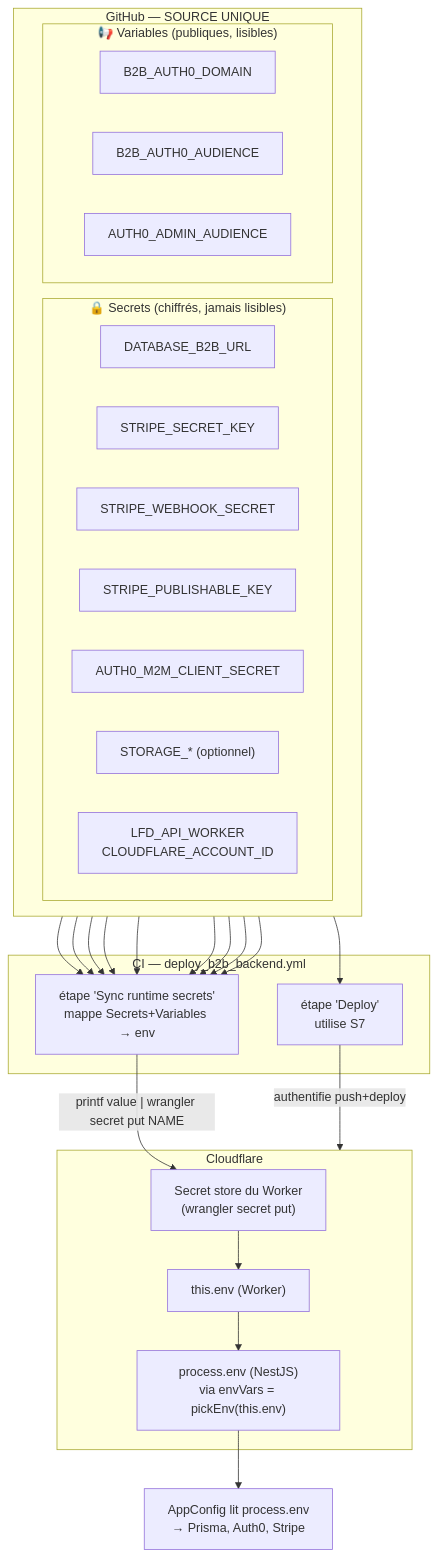
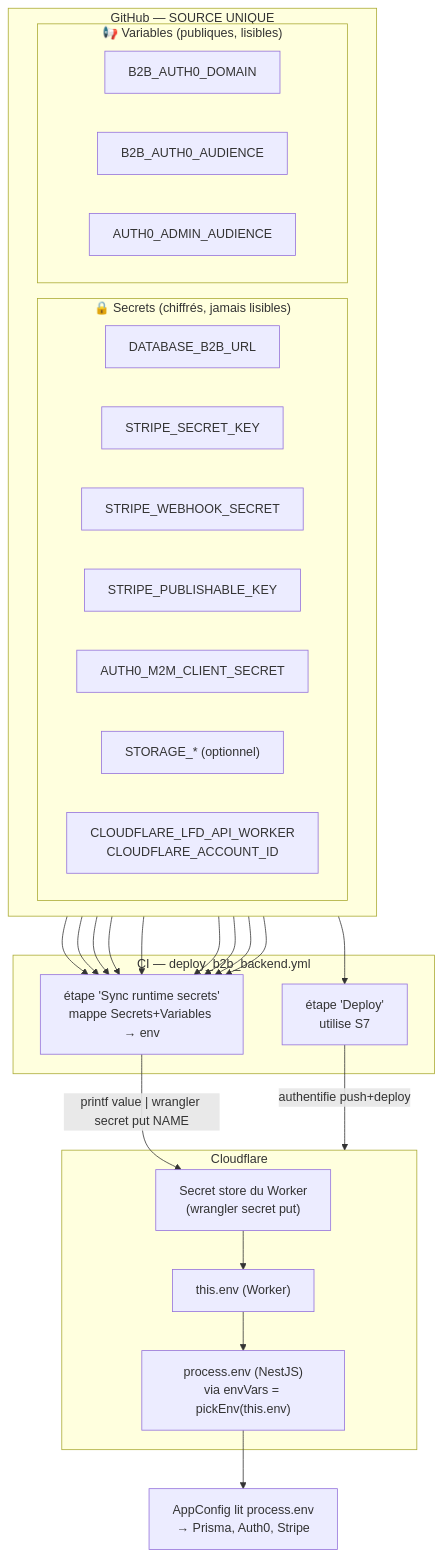
Before and after one commit to hugoheynard/lfd: the third of 6 diagrams in documentation/b2b/b2b_backend_deploy.md, drawn with Mermaid. The commit also changed other lines of this file and 5 other files, not shown here.

````diff
--- a/documentation/b2b/b2b_backend_deploy.md
+++ b/documentation/b2b/b2b_backend_deploy.md
@@ -109,48 +109,48 @@
 ```mermaid
 flowchart TB
     subgraph gh["GitHub — SOURCE UNIQUE"]
         direction LR
         subgraph ghs["🔒 Secrets (chiffrés, jamais lisibles)"]
             S1["DATABASE_B2B_URL"]
             S2["STRIPE_SECRET_KEY"]
             S3["STRIPE_WEBHOOK_SECRET"]
             S4["STRIPE_PUBLISHABLE_KEY"]
             S5["AUTH0_M2M_CLIENT_SECRET"]
             S6["STORAGE_* (optionnel)"]
-            S7["LFD_API_WORKER<br/>CLOUDFLARE_ACCOUNT_ID"]
+            S7["CLOUDFLARE_LFD_API_WORKER<br/>CLOUDFLARE_ACCOUNT_ID"]
         end
         subgraph ghv["📢 Variables (publiques, lisibles)"]
             V1["B2B_AUTH0_DOMAIN"]
             V2["B2B_AUTH0_AUDIENCE"]
             V3["AUTH0_ADMIN_AUDIENCE"]
         end
     end
 
     subgraph ci["CI — deploy_b2b_backend.yml"]
         DEP["étape 'Deploy'<br/>utilise S7"]
         SYNC["étape 'Sync runtime secrets'<br/>mappe Secrets+Variables → env"]
     end
 
     subgraph cf["Cloudflare"]
         WSEC["Secret store du Worker<br/>(wrangler secret put)"]
         ENV["this.env (Worker)"]
         PROC["process.env (NestJS)<br/>via envVars = pickEnv(this.env)"]
     end
 
     S7 --> DEP
     S1 --> SYNC
     S2 --> SYNC
     S3 --> SYNC
     S4 --> SYNC
     S5 --> SYNC
     S6 --> SYNC
     V1 --> SYNC
     V2 --> SYNC
     V3 --> SYNC
 
     DEP -->|"authentifie push+deploy"| cf
     SYNC -->|"printf value | wrangler secret put NAME"| WSEC
     WSEC --> ENV
     ENV --> PROC
     PROC --> APP["AppConfig lit process.env<br/>→ Prisma, Auth0, Stripe"]
 ```
````
